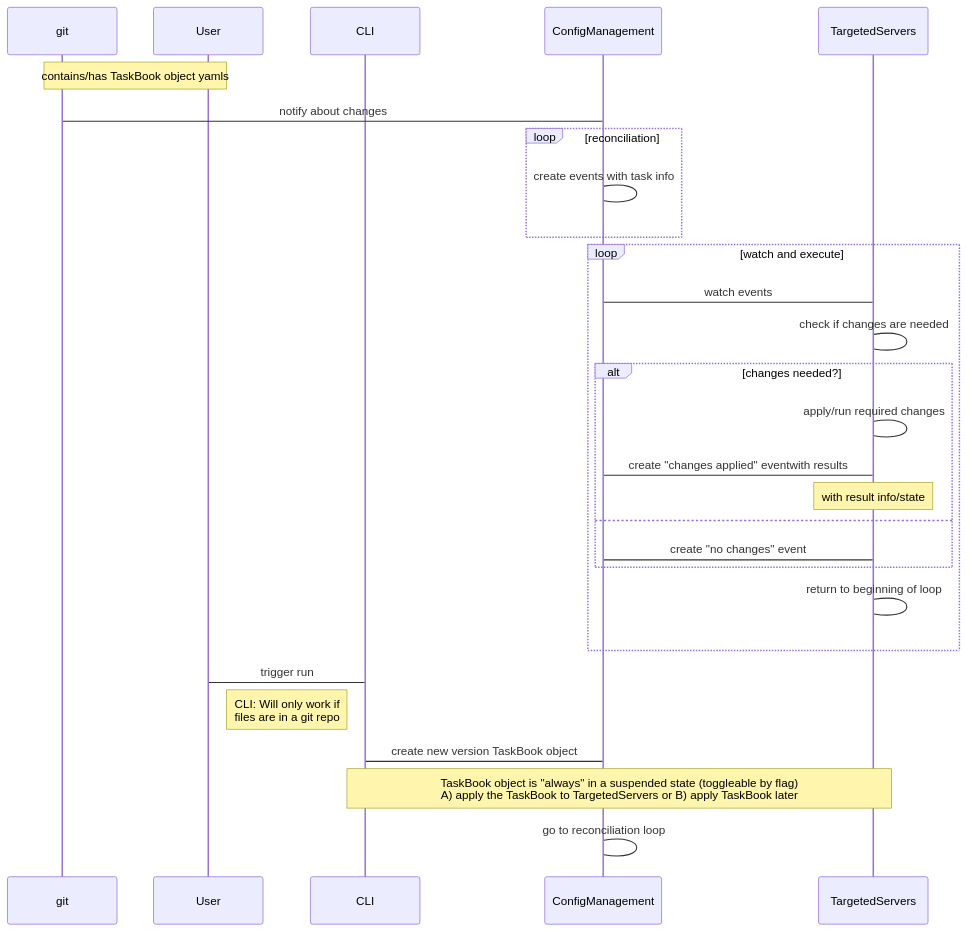
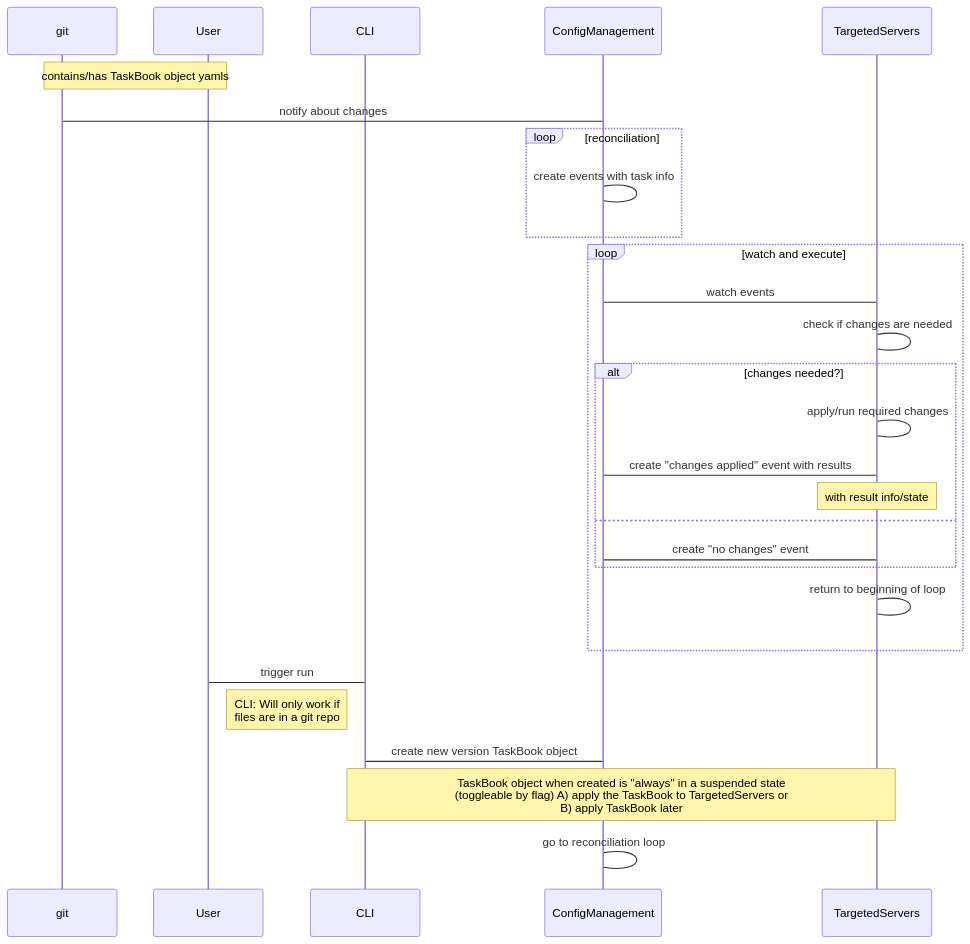
Before and after one commit to galexrt/edenconfmgmt: the diagram in docs/design/v0.1/flow.mmd, drawn with Mermaid. The commit also changed 45 other files, not shown here.

```diff
--- a/docs/design/v0.1/flow.mmd
+++ b/docs/design/v0.1/flow.mmd
@@ -1,28 +1,28 @@
 sequenceDiagram
     participant git
     participant User
     participant CLI
     participant ConfigManagement
     participant TargetedServers
     Note over git,User: contains/has TaskBook object yamls
     git->ConfigManagement: notify about changes
     loop reconciliation
         ConfigManagement->ConfigManagement: create events with task info
     end
     loop watch and execute
         TargetedServers->ConfigManagement: watch events
         TargetedServers->TargetedServers: check if changes are needed
         alt changes needed?
             TargetedServers->TargetedServers: apply/run required changes
-            TargetedServers->ConfigManagement: create "changes applied" eventwith results
+            TargetedServers->ConfigManagement: create "changes applied" event with results
             Note over TargetedServers,TargetedServers: with result info/state
         else
             TargetedServers->ConfigManagement: create "no changes" event
         end
         TargetedServers->TargetedServers: return to beginning of loop
     end
     User->CLI: trigger run
     Note left of CLI: CLI: Will only work if<br/>files are in a git repo
     CLI->ConfigManagement: create new version TaskBook object
-    Note over CLI,TargetedServers: TaskBook object is "always" in a suspended state (toggleable by flag)<br/>A) apply the TaskBook to TargetedServers or B) apply TaskBook later
+    Note over CLI,TargetedServers: TaskBook object when created is "always" in a suspended state<br/>(toggleable by flag) A) apply the TaskBook to TargetedServers or<br/>B) apply TaskBook later
     ConfigManagement->ConfigManagement: go to reconciliation loop
```
